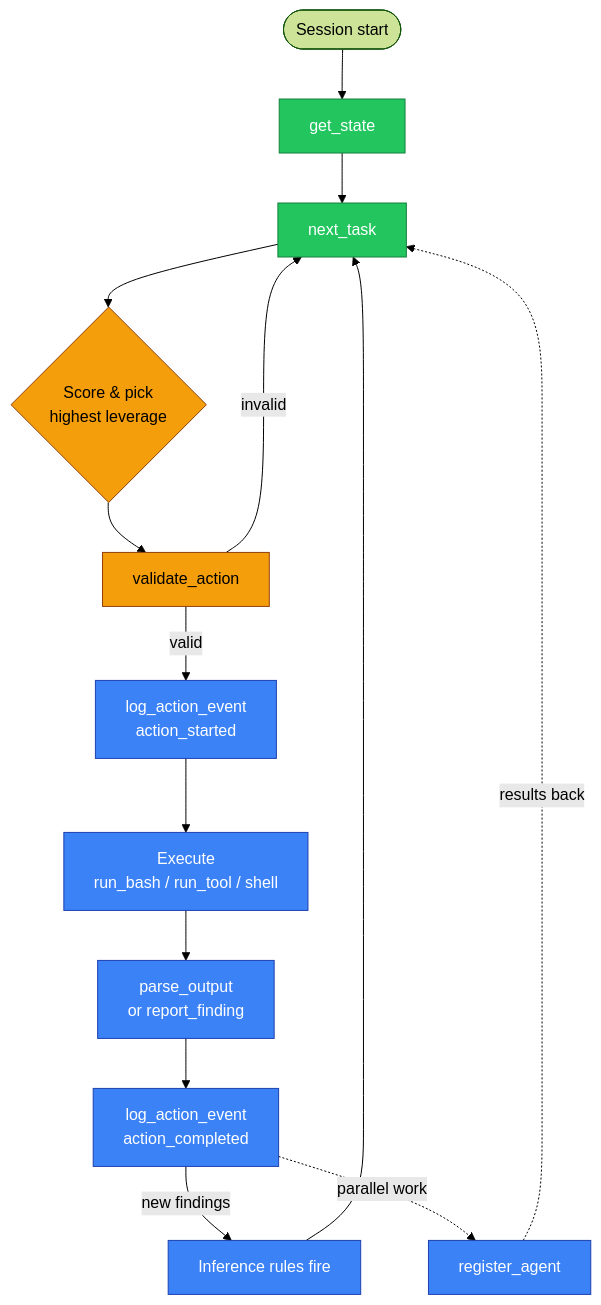
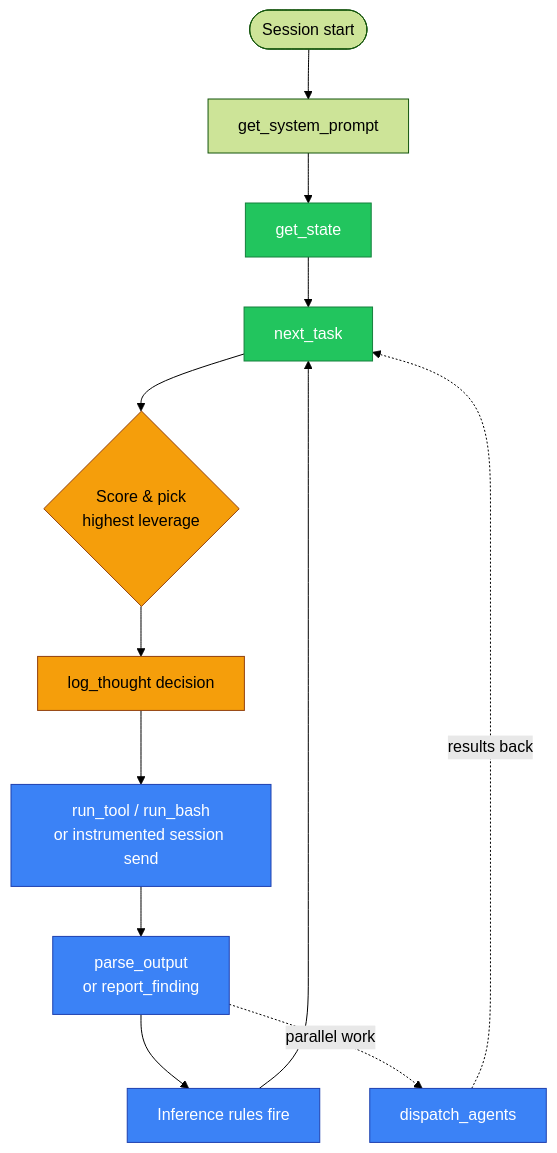
One commit to professor-moody/overwatch changed the diagram in docs/playbook/session-instructions.md. Above: the diagram before and after it, drawn with Mermaid (forest theme). The commit also changed other lines of this file and 21 other files, not shown here.

````diff
--- a/docs/playbook/session-instructions.md
+++ b/docs/playbook/session-instructions.md
@@ -10,23 +16,21 @@
 ```mermaid
 flowchart TD
-    START([Session start]) --> A[get_state]
+    START([Session start]) --> P[get_system_prompt]
+    P --> A[get_state]
     A --> B[next_task]
     B --> C{Score & pick<br/>highest leverage}
-    C --> D[validate_action]
-    D -->|valid| E[log_action_event<br/>action_started]
-    D -->|invalid| B
-    E --> F[Execute<br/>run_bash / run_tool / shell]
+    C --> D[log_thought decision]
+    D --> F[run_tool / run_bash<br/>or instrumented session send]
     F --> G[parse_output<br/>or report_finding]
-    G --> H[log_action_event<br/>action_completed]
-    H -->|new findings| I[Inference rules fire]
+    G --> I[Inference rules fire]
     I --> B
-    H -.parallel work.-> J[register_agent]
+    G -.parallel work.-> J[dispatch_agents]
     J -.results back.-> B
 
     classDef state fill:#22c55e,stroke:#15803d,color:#fff
     classDef decide fill:#f59e0b,stroke:#92400e,color:#000
     classDef act fill:#3b82f6,stroke:#1e40af,color:#fff
     class A,B state
     class C,D decide
-    class E,F,G,H,I,J act
+    class F,G,I,J act
 ```
````
